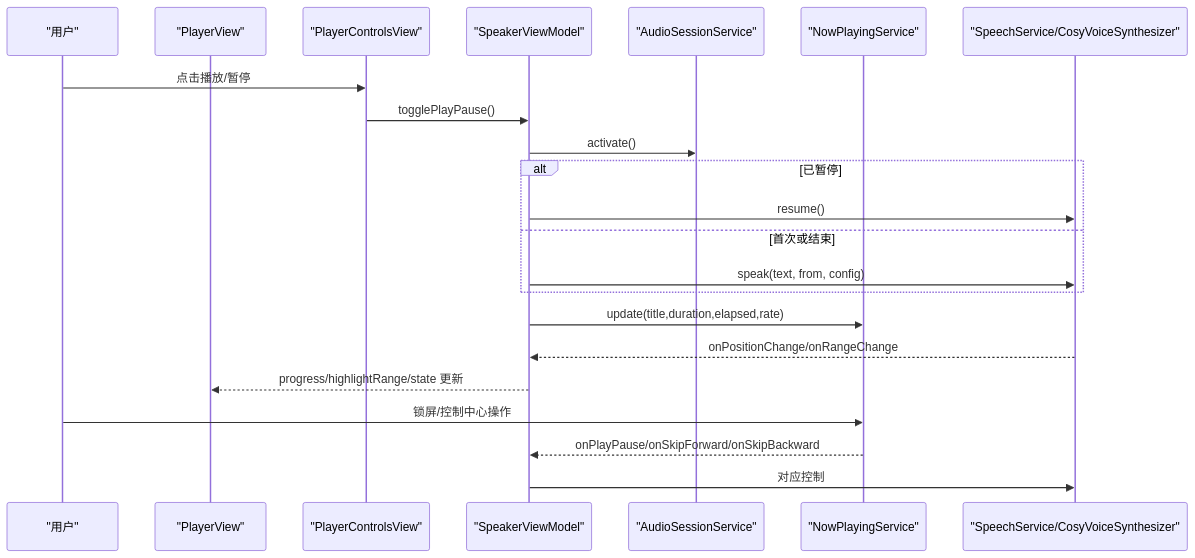
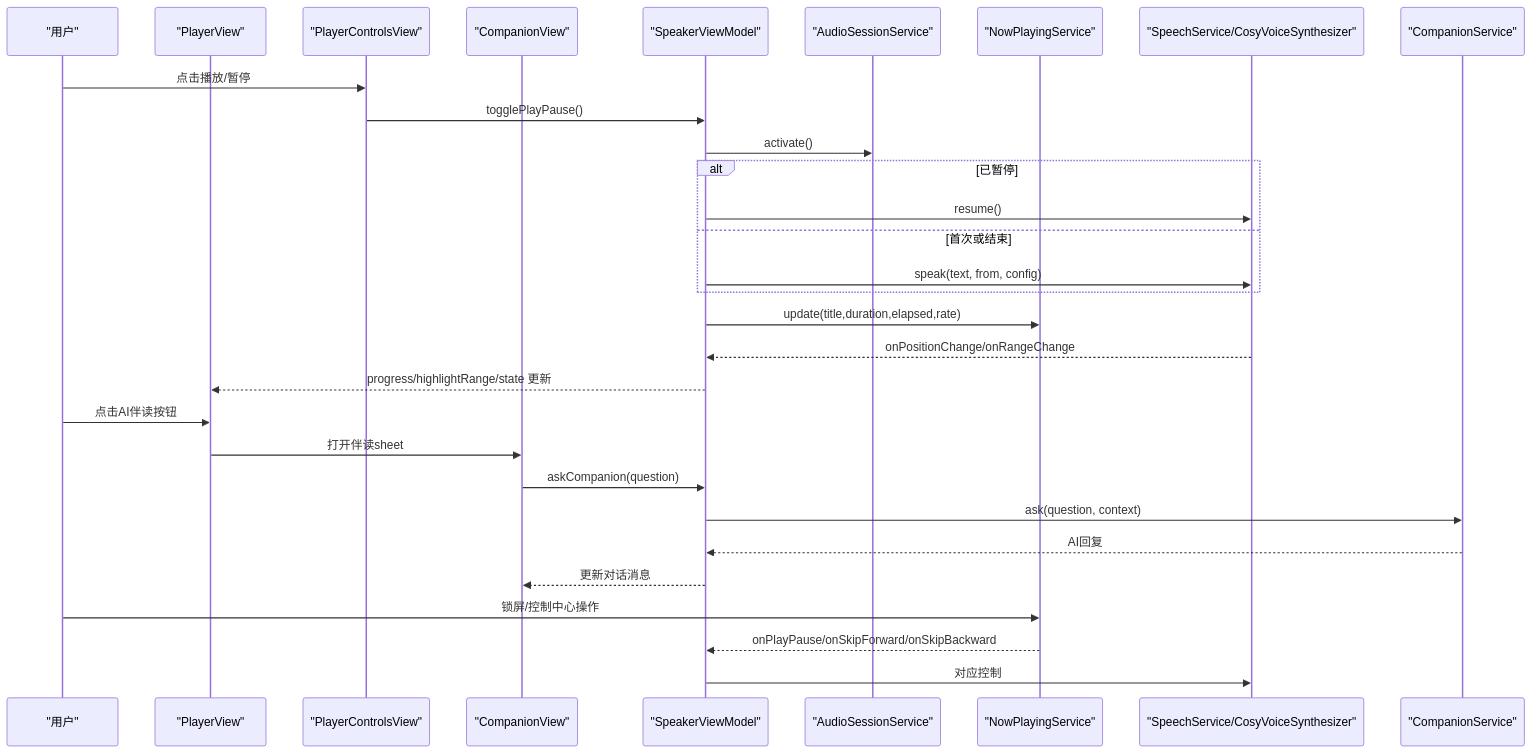
Before and after one commit to Primoguo/Knowledge: the second of 9 diagrams in .qoder/repowiki/zh/content/用户界面设计/播放器界面.md, drawn with Mermaid. The commit also changed other lines of this file and 32 other files, not shown here.

````diff
--- a/.qoder/repowiki/zh/content/用户界面设计/播放器界面.md
+++ b/.qoder/repowiki/zh/content/用户界面设计/播放器界面.md
@@ -129,24 +156,32 @@
 ```mermaid
 sequenceDiagram
 participant U as "用户"
 participant PV as "PlayerView"
 participant PCV as "PlayerControlsView"
+participant CV as "CompanionView"
 participant VM as "SpeakerViewModel"
 participant AS as "AudioSessionService"
 participant NP as "NowPlayingService"
 participant ST as "SpeechService/CosyVoiceSynthesizer"
+participant CS as "CompanionService"
 U->>PCV : 点击播放/暂停
 PCV->>VM : togglePlayPause()
 VM->>AS : activate()
 alt 已暂停
 VM->>ST : resume()
 else 首次或结束
 VM->>ST : speak(text, from, config)
 end
 VM->>NP : update(title,duration,elapsed,rate)
 ST-->>VM : onPositionChange/onRangeChange
 VM-->>PV : progress/highlightRange/state 更新
+U->>PV : 点击AI伴读按钮
+PV->>CV : 打开伴读sheet
+CV->>VM : askCompanion(question)
+VM->>CS : ask(question, context)
+CS-->>VM : AI回复
+VM-->>CV : 更新对话消息
 U->>NP : 锁屏/控制中心操作
 NP-->>VM : onPlayPause/onSkipForward/onSkipBackward
 VM->>ST : 对应控制
 ```
````
